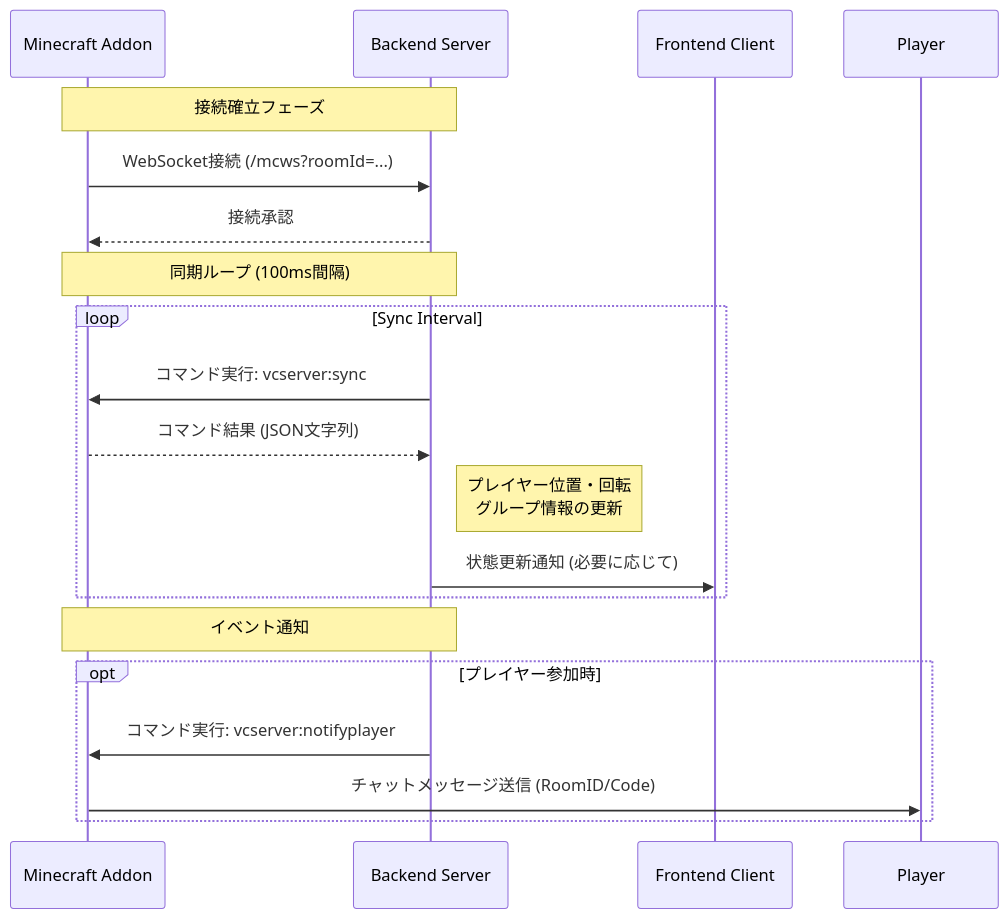
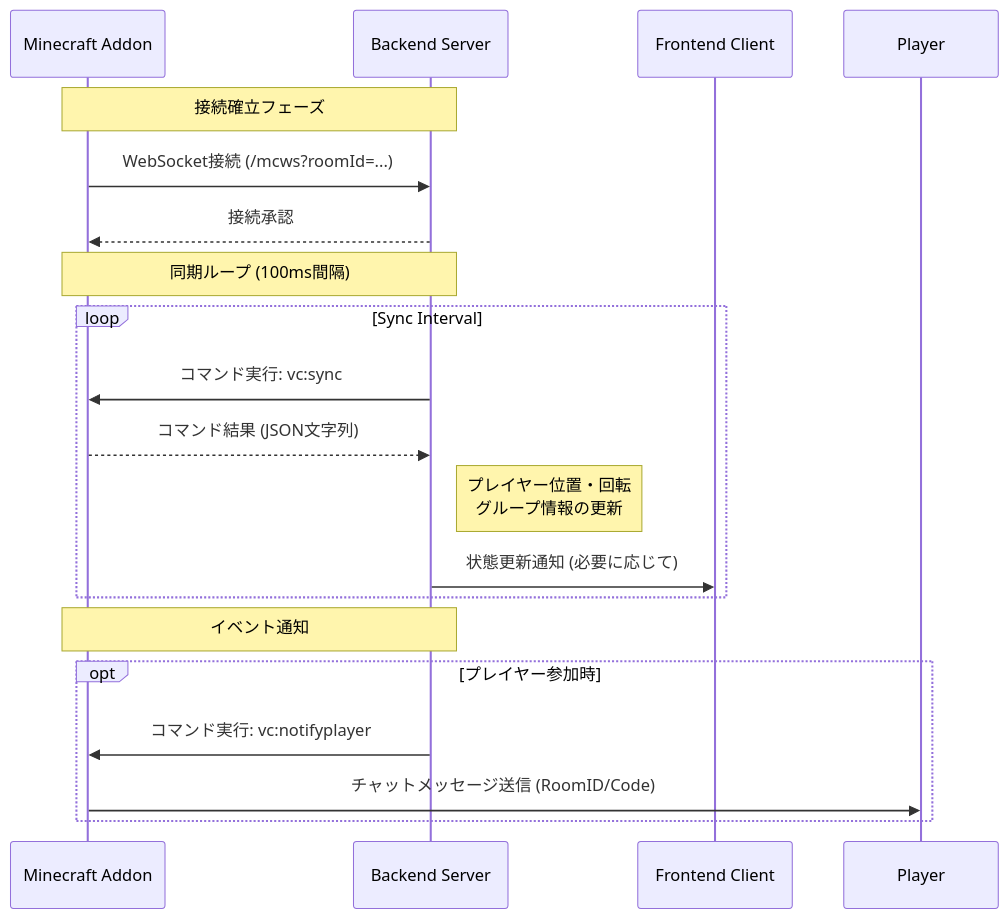
One commit to dakoyo/minecraft-bedrock-proximity-chat- changed the diagram in docs/communication_flow.md. Above: the diagram before and after it, drawn with Mermaid. The commit also changed other lines of this file and 9 other files, not shown here.

````diff
--- a/docs/communication_flow.md
+++ b/docs/communication_flow.md
@@ -18,24 +18,24 @@
 ```mermaid
 sequenceDiagram
     participant MC as Minecraft Addon
     participant BE as Backend Server
     participant FE as Frontend Client
 
     Note over MC, BE: 接続確立フェーズ
     MC->>BE: WebSocket接続 (/mcws?roomId=...)
     BE-->>MC: 接続承認
 
     Note over MC, BE: 同期ループ (100ms間隔)
     loop Sync Interval
-        BE->>MC: コマンド実行: vcserver:sync
+        BE->>MC: コマンド実行: vc:sync
         MC-->>BE: コマンド結果 (JSON文字列)
         Note right of BE: プレイヤー位置・回転<br>グループ情報の更新
         BE->>FE: 状態更新通知 (必要に応じて)
     end
 
     Note over MC, BE: イベント通知
     opt プレイヤー参加時
-        BE->>MC: コマンド実行: vcserver:notifyplayer
+        BE->>MC: コマンド実行: vc:notifyplayer
         MC->>Player: チャットメッセージ送信 (RoomID/Code)
     end
 ```
````
